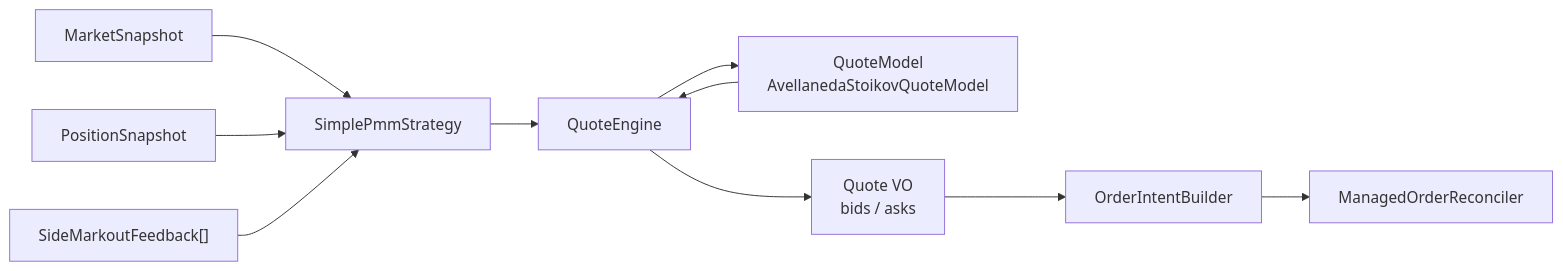
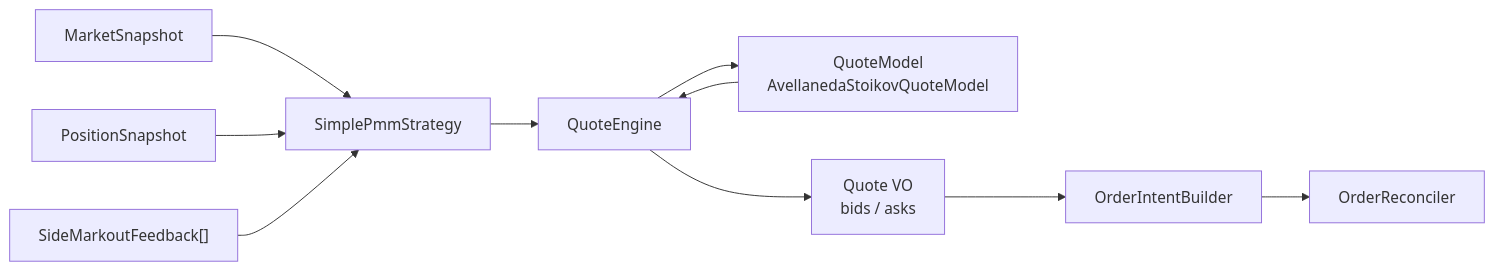
The diagram in docs/STRATEGY.md (posaune0423/simple-mm-bot), drawn with Mermaid before and after one commit. The commit also changed other lines of this file and 24 other files, not shown here.

Commit message:
chore: align order reconciler naming

````diff
--- a/docs/STRATEGY.md
+++ b/docs/STRATEGY.md
@@ -7,23 +7,23 @@
 ```mermaid
 flowchart LR
   Snapshot["MarketSnapshot"]
   Position["PositionSnapshot"]
   Feedback["SideMarkoutFeedback[]"]
 
   Strategy["SimplePmmStrategy"]
   Engine["QuoteEngine"]
   Model["QuoteModel<br/>AvellanedaStoikovQuoteModel"]
   Quote["Quote VO<br/>bids / asks"]
   Builder["OrderIntentBuilder"]
-  Reconciler["ManagedOrderReconciler"]
+  Reconciler["OrderReconciler"]
 
   Snapshot --> Strategy
   Position --> Strategy
   Feedback --> Strategy
   Strategy --> Engine
   Engine --> Model
   Model --> Engine
   Engine --> Quote
   Quote --> Builder
   Builder --> Reconciler
 ```
````
